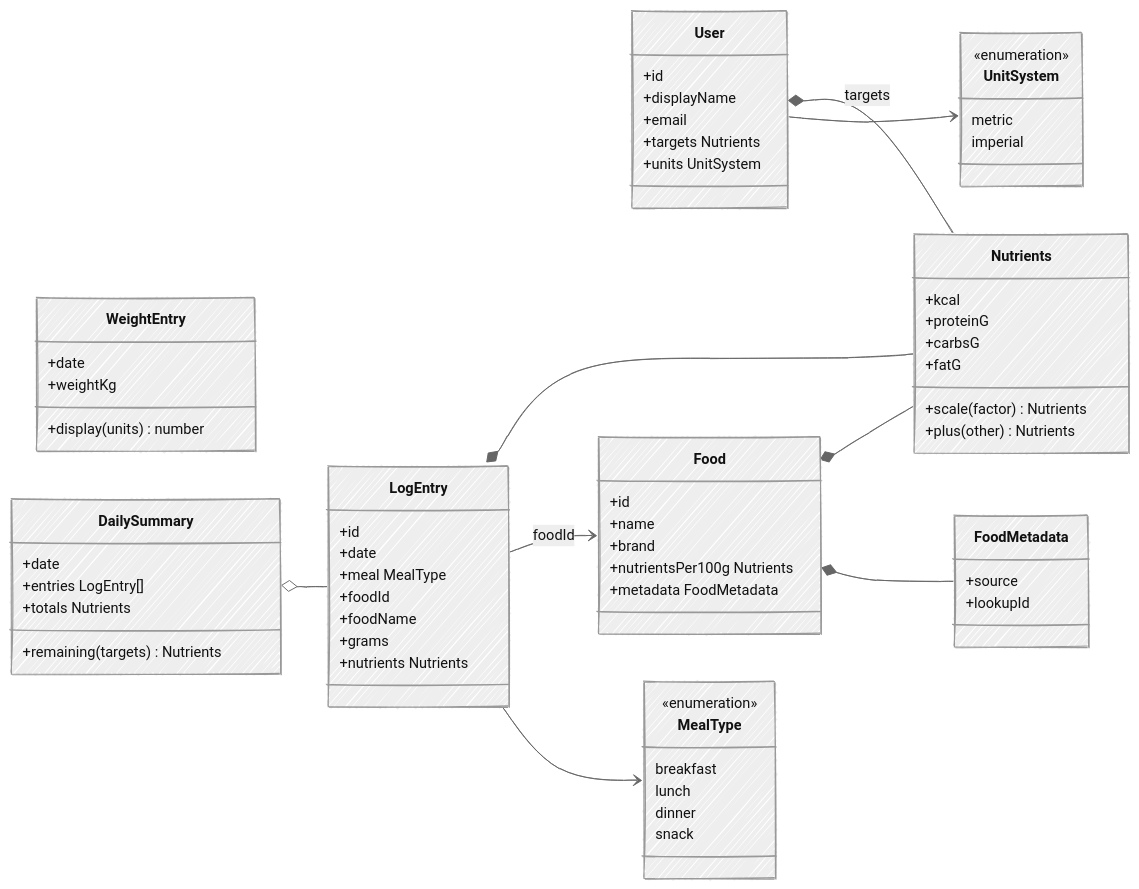
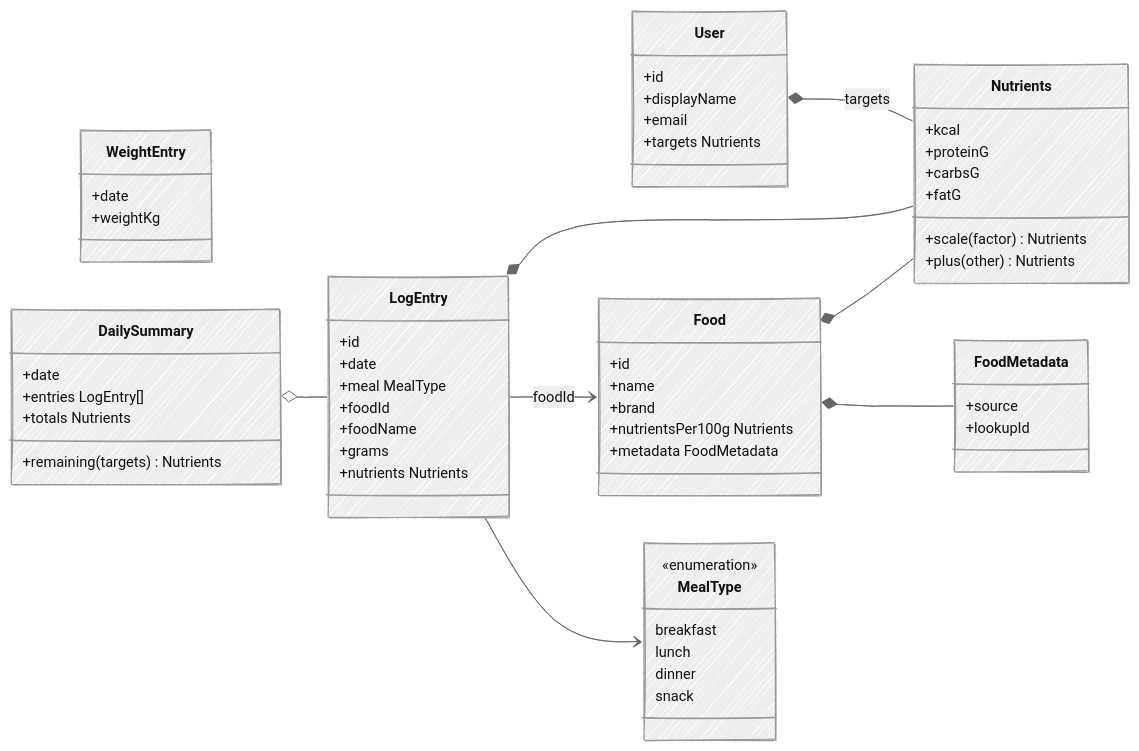
One commit to ai-rayven/wellness-ai changed the third of 4 diagrams in docs/mvp.md. Above: the diagram before and after it, drawn with Mermaid. The commit also changed other lines of this file, not shown here.

First line of the commit message:
Grams only for food, kg for weight; drop unit conversion

````diff
--- a/docs/mvp.md
+++ b/docs/mvp.md
@@ -135,77 +134,69 @@
 ```mermaid
 ---
 config:
   look: handDrawn
   theme: neutral
 ---
 classDiagram
     direction LR
 
     class User {
         +id
         +displayName
         +email
         +targets Nutrients
-        +units UnitSystem
     }
     class Food {
         +id
         +name
         +brand
         +nutrientsPer100g Nutrients
         +metadata FoodMetadata
     }
     class FoodMetadata {
         +source
         +lookupId
     }
     class LogEntry {
         +id
         +date
         +meal MealType
         +foodId
         +foodName
         +grams
         +nutrients Nutrients
     }
     class WeightEntry {
         +date
         +weightKg
-        +display(units) number
     }
     class DailySummary {
         +date
         +entries LogEntry[]
         +totals Nutrients
         +remaining(targets) Nutrients
     }
     class Nutrients {
         +kcal
         +proteinG
         +carbsG
         +fatG
         +scale(factor) Nutrients
         +plus(other) Nutrients
     }
     class MealType {
         <<enumeration>>
         breakfast
         lunch
         dinner
         snack
     }
-    class UnitSystem {
-        <<enumeration>>
-        metric
-        imperial
-    }
 
     User *-- Nutrients : targets
     Food *-- Nutrients
     LogEntry *-- Nutrients
     LogEntry --> Food : foodId
     LogEntry --> MealType
     Food *-- FoodMetadata
-    User --> UnitSystem
     DailySummary o-- LogEntry
 ```
````
